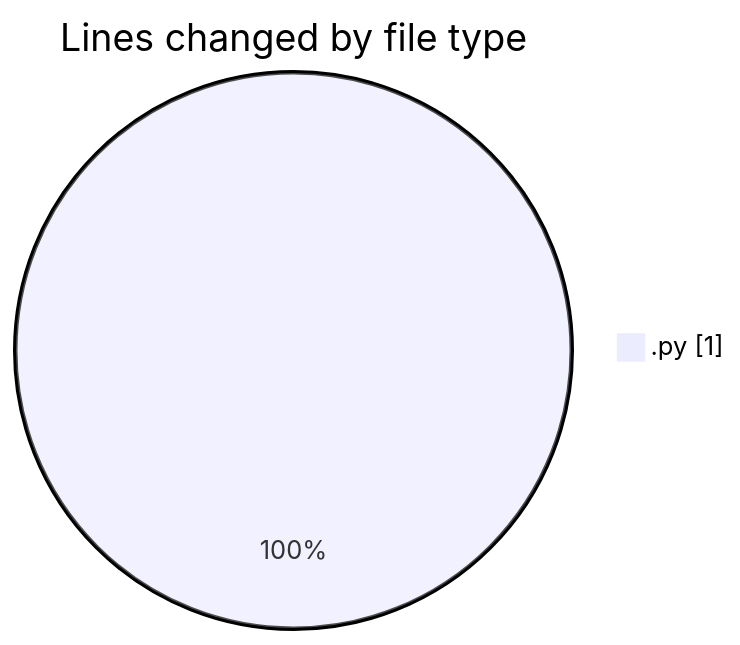
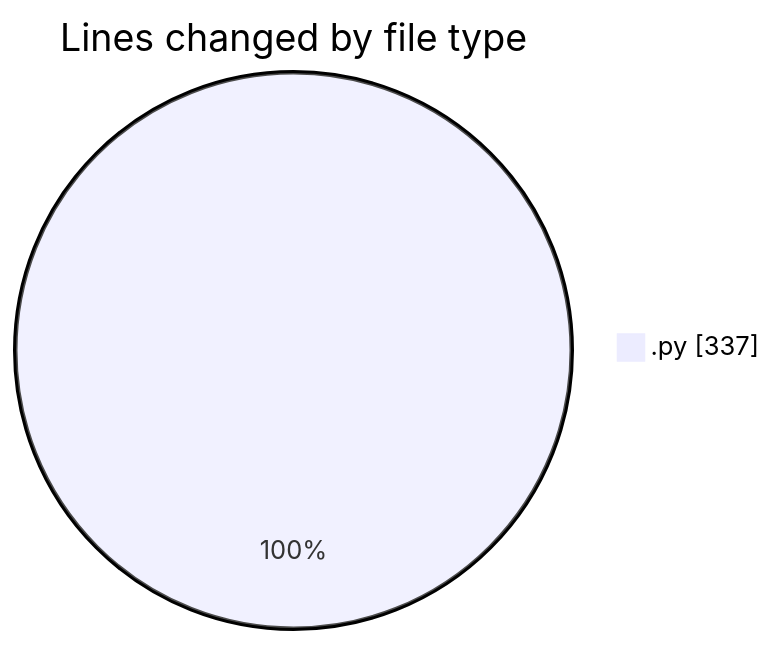
The first of 2 diagrams in 2025-04-24/synth_911data_gen/README.md (trdunsworth/code-tracking), drawn with Mermaid before and after one commit. The commit also changed other lines of this file and 1 other file, not shown here.

````diff
--- a/2025-04-24/synth_911data_gen/README.md
+++ b/2025-04-24/synth_911data_gen/README.md
@@ -20,5 +20,5 @@
 ```mermaid
 pie showData
 title Lines changed by file type
-".py" : 1
+".py" : 337
 ```
````
